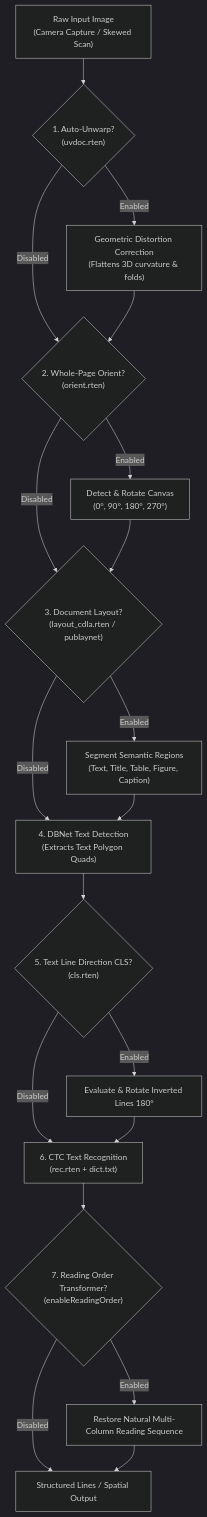
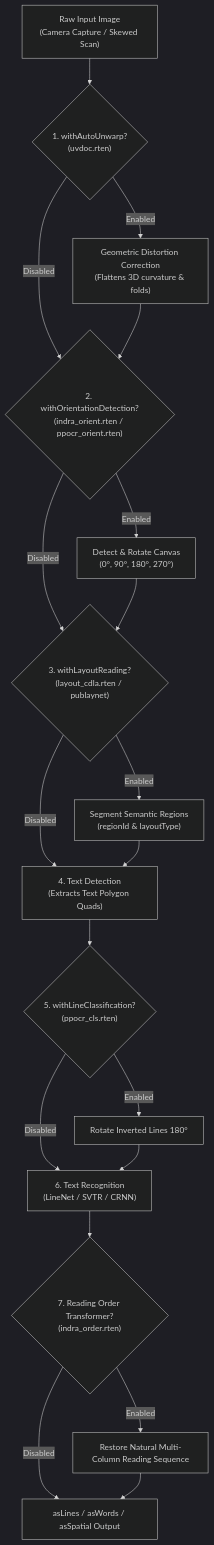
The diagram in docs/content/en/03.advance-guide/05.multi-column-unwarp-orientation.md (byrizki/rusto-rs), drawn with Mermaid (dark theme) before and after one commit. The commit also changed other lines of this file and 193 other files, not shown here.

````diff
--- a/docs/content/en/03.advance-guide/05.multi-column-unwarp-orientation.md
+++ b/docs/content/en/03.advance-guide/05.multi-column-unwarp-orientation.md
@@ -24,21 +24,21 @@
 ```mermaid
 flowchart TD
-    A["Raw Input Image<br/>(Camera Capture / Skewed Scan)"] --> U{"1. Auto-Unwarp?<br/>(uvdoc.rten)"}
-    U -->|Enabled| U1["Geometric Distortion Correction<br/>(Flattens 3D curvature &amp; folds)"]
+    A["Raw Input Image<br/>(Camera Capture / Skewed Scan)"] --> U{"1. withAutoUnwarp?<br/>(uvdoc.rten)"}
+    U -->|Enabled| U1["Geometric Distortion Correction<br/>(Flattens 3D curvature & folds)"]
     U -->|Disabled| B
-    U1 --> B{"2. Whole-Page Orient?<br/>(orient.rten)"}
-    B -->|Enabled| C["Detect &amp; Rotate Canvas<br/>(0&deg;, 90&deg;, 180&deg;, 270&deg;)"]
-    B -->|Disabled| L{"3. Document Layout?<br/>(layout_cdla.rten / publaynet)"}
+    U1 --> B{"2. withOrientationDetection?<br/>(indra_orient.rten / ppocr_orient.rten)"}
+    B -->|Enabled| C["Detect & Rotate Canvas<br/>(0°, 90°, 180°, 270°)"]
+    B -->|Disabled| L{"3. withLayoutReading?<br/>(layout_cdla.rten / publaynet)"}
     C --> L
-    L -->|Enabled| L1["Segment Semantic Regions<br/>(Text, Title, Table, Figure, Caption)"]
-    L -->|Disabled| D["4. DBNet Text Detection<br/>(Extracts Text Polygon Quads)"]
+    L -->|Enabled| L1["Segment Semantic Regions<br/>(regionId & layoutType)"]
+    L -->|Disabled| D["4. Text Detection<br/>(Extracts Text Polygon Quads)"]
     L1 --> D
-    D --> E{"5. Text Line Direction CLS?<br/>(cls.rten)"}
-    E -->|Enabled| F["Evaluate &amp; Rotate Inverted Lines 180&deg;"]
-    E -->|Disabled| G["6. CTC Text Recognition<br/>(rec.rten + dict.txt)"]
+    D --> E{"5. withLineClassification?<br/>(ppocr_cls.rten)"}
+    E -->|Enabled| F["Rotate Inverted Lines 180°"]
+    E -->|Disabled| G["6. Text Recognition<br/>(LineNet / SVTR / CRNN)"]
     F --> G
-    G --> RO{"7. Reading Order Transformer?<br/>(enableReadingOrder)"}
+    G --> RO{"7. Reading Order Transformer?<br/>(indra_order.rten)"}
     RO -->|Enabled| H["Restore Natural Multi-Column Reading Sequence"]
-    RO -->|Disabled| OUT["Structured Lines / Spatial Output"]
+    RO -->|Disabled| OUT["asLines / asWords / asSpatial Output"]
     H --> OUT
 ```
````
